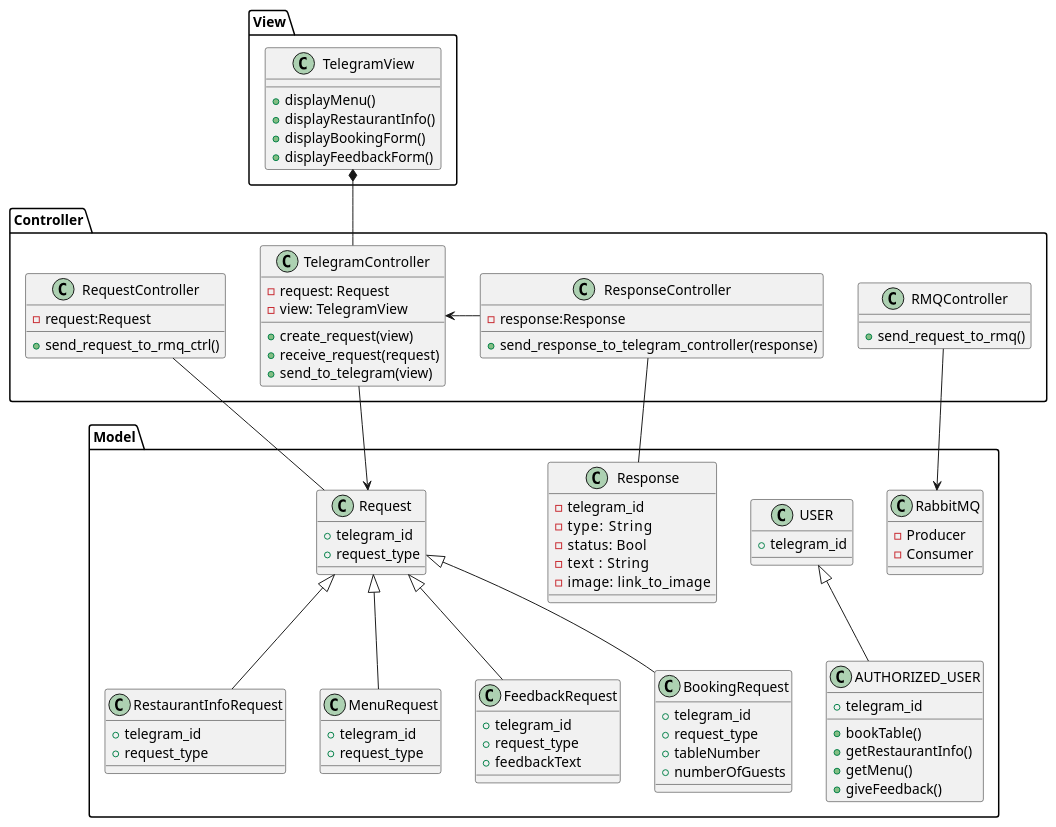
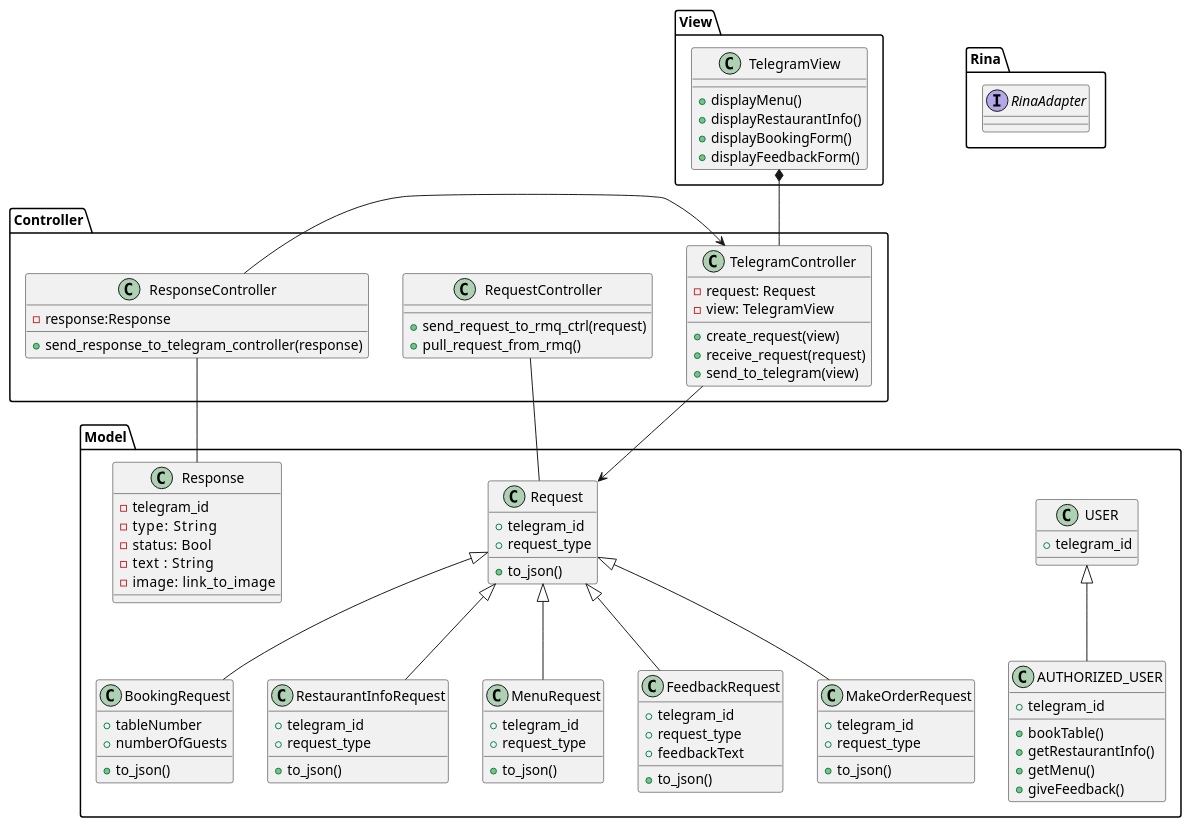
The diagram in diagrams/class_diagram.puml (limpwinter/rina_connector), drawn with PlantUML before and after one commit.

Commit message:
Added RinaInterface

```diff
--- a/diagrams/class_diagram.puml
+++ b/diagrams/class_diagram.puml
@@ -1,107 +1,125 @@
 @startuml
 
 
 package "Model" {
 
-class RabbitMQ{
--Producer
--Consumer
-}
+'class RabbitMQ{
+'-Producer
+'-Consumer
+'}
 class USER {
   +telegram_id
 }
 
 class AUTHORIZED_USER {
   +telegram_id
   +bookTable()
   +getRestaurantInfo()
   +getMenu()
   +giveFeedback()
 }
   class Response{
   -telegram_id
   -type:    String
   -status:  Bool
   -text :   String
   -image:   link_to_image
 
 
   }
 
   class Request {
     +telegram_id
     +request_type
+    +to_json()
+  }
+  class MakeOrderRequest{
+  +telegram_id
+    +request_type
+    +to_json()
   }
 
   class BookingRequest {
-    +telegram_id
-    +request_type
+
     +tableNumber
     +numberOfGuests
+     +to_json()
   }
 
   class RestaurantInfoRequest {
     +telegram_id
     +request_type
+     +to_json()
   }
 
   class MenuRequest {
     +telegram_id
     +request_type
+     +to_json()
   }
 
   class FeedbackRequest {
     +telegram_id
     +request_type
     +feedbackText
+     +to_json()
   }
 
   Request <|-- BookingRequest
+  Request <|-- MakeOrderRequest
+
   Request <|-- RestaurantInfoRequest
   Request <|-- MenuRequest
   Request <|-- FeedbackRequest
 }
 
 package "View" {
   class TelegramView {
     +displayMenu()
     +displayRestaurantInfo()
     +displayBookingForm()
     +displayFeedbackForm()
   }
 }
 
+package Rina {
+interface RinaAdapter{
+
+}
+
+}
 package "Controller" {
 
-  class RMQController{
-  +send_request_to_rmq()
-  }
+'  class RMQController{
+'  +send_request_to_rmq()
+'  }
   class ResponseController{
   -response:Response
 '  +receive_response_from_rmq()
   +send_response_to_telegram_controller(response)
   }
   class RequestController{
-  -request:Request
-  +send_request_to_rmq_ctrl()
+'  -request:Request
+  +send_request_to_rmq_ctrl(request)
+  +pull_request_from_rmq()
   }
   class TelegramController {
     -request: Request
     -view: TelegramView
 
     +create_request(view)
     +receive_request(request)
     +send_to_telegram(view)
   }
 }
 
 
 ResponseController -> TelegramController
 ResponseController -- Response
 RequestController -- Request
 USER <|-- AUTHORIZED_USER
 TelegramView *-- TelegramController
 TelegramController --> Request
-RMQController --> RabbitMQ
+'RMQController --> RabbitMQ
 
 @enduml
```
